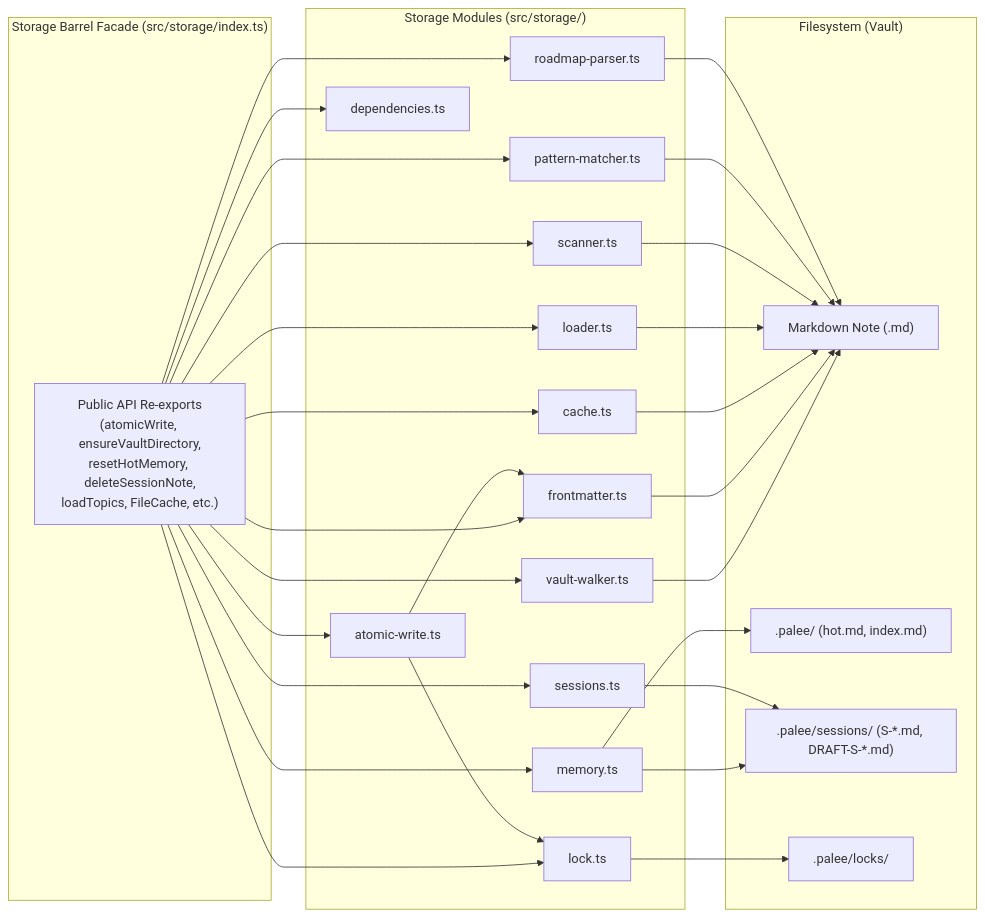
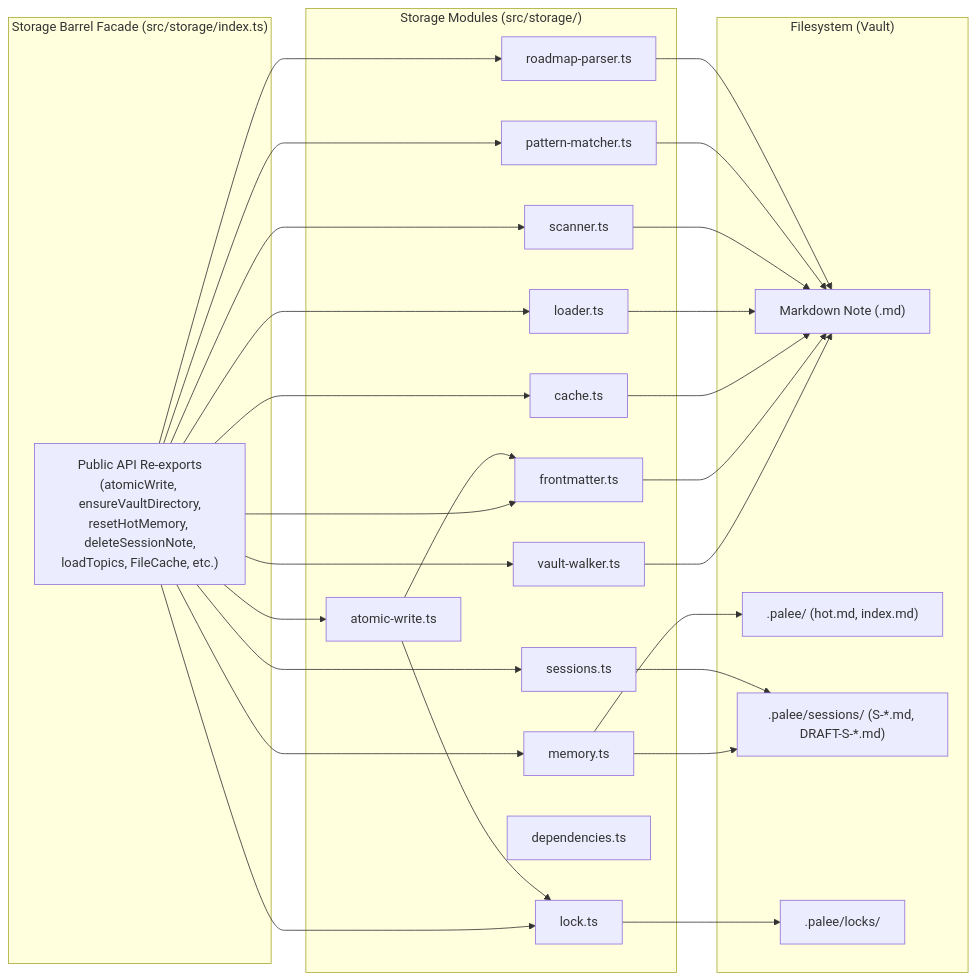
Before and after one commit to Kuldeep2822k/cli: the first of 2 diagrams in docs/04-0-storage-layer.md, drawn with Mermaid.

Commit message:
Remove LD and DP from Facade dependencies

````diff
--- a/docs/04-0-storage-layer.md
+++ b/docs/04-0-storage-layer.md
@@ -36,40 +36,40 @@
 ```mermaid
 flowchart LR
     subgraph subGraphFacade ["Storage Barrel Facade (src/storage/index.ts)"]
         Facade["Public API Re-exports<br/>(atomicWrite, ensureVaultDirectory,<br/>resetHotMemory, deleteSessionNote,<br/>loadTopics, FileCache, etc.)"]
     end
     subgraph subGraph1 ["Storage Modules (src/storage/)"]
         VW["vault-walker.ts"]
         FM["frontmatter.ts"]
         AW["atomic-write.ts"]
         LC["lock.ts"]
         CH["cache.ts"]
         MEM["memory.ts"]
         LD["loader.ts"]
         SC["scanner.ts"]
         PM["pattern-matcher.ts"]
         RP["roadmap-parser.ts"]
         DP["dependencies.ts"]
         SS["sessions.ts"]
     end
     subgraph subGraph0 ["Filesystem (Vault)"]
         Note["Markdown Note (.md)"]
         PaleeDir[".palee/ (hot.md, index.md)"]
         SessionsDir[".palee/sessions/ (S-*.md, DRAFT-S-*.md)"]
         LockDir[".palee/locks/"]
     end
     
-    Facade --> VW & FM & AW & LC & CH & MEM & LD & SC & PM & RP & DP & SS
+    Facade --> VW & FM & AW & LC & CH & MEM & LD & SC & PM & RP & SS
     VW --> Note
     FM --> Note
     AW --> FM
     AW --> LC
     LC --> LockDir
     CH --> Note
     MEM --> PaleeDir & SessionsDir
     LD --> Note
     SC --> Note
     PM --> Note
     RP --> Note
     SS --> SessionsDir
 ```
````
